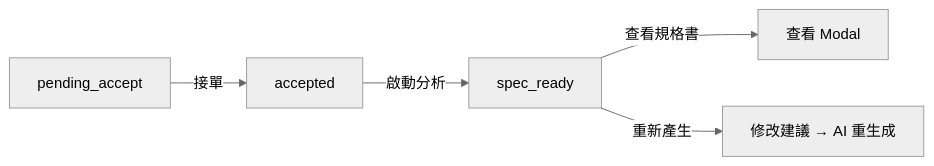
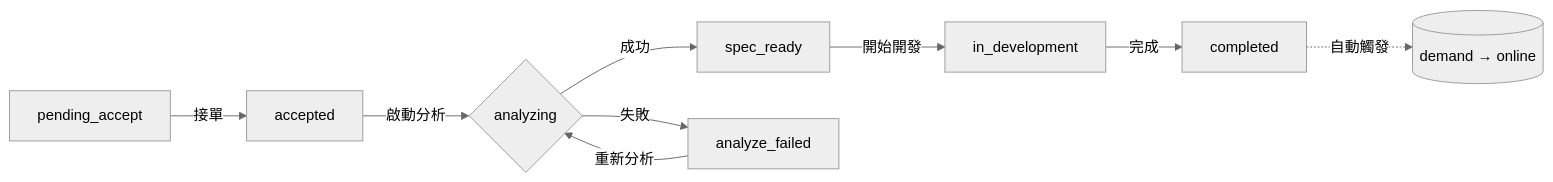
Before and after one commit to DanielChung520/aibox-th: the diagram in .docs/Spec/系統開發/02-需求看板.md, drawn with Mermaid (neutral theme). The commit also changed other lines of this file and 60 other files, not shown here.

````diff
--- a/.docs/Spec/系統開發/02-需求看板.md
+++ b/.docs/Spec/系統開發/02-需求看板.md
@@ -48,7 +62,11 @@
 ```mermaid
 graph LR
     A[pending_accept] -->|接單| B[accepted]
-    B -->|啟動分析| C[spec_ready]
-    C -->|查看規格書| D[查看 Modal]
-    C -->|重新產生| E[修改建議 → AI 重生成]
+    B -->|啟動分析| C{analyzing}
+    C -->|成功| D[spec_ready]
+    C -->|失敗| E[analyze_failed]
+    E -->|重新分析| C
+    D -->|開始開發| F[in_development]
+    F -->|完成| G[completed]
+    G -.->|自動觸發| H[(demand → online)]
 ```
````
